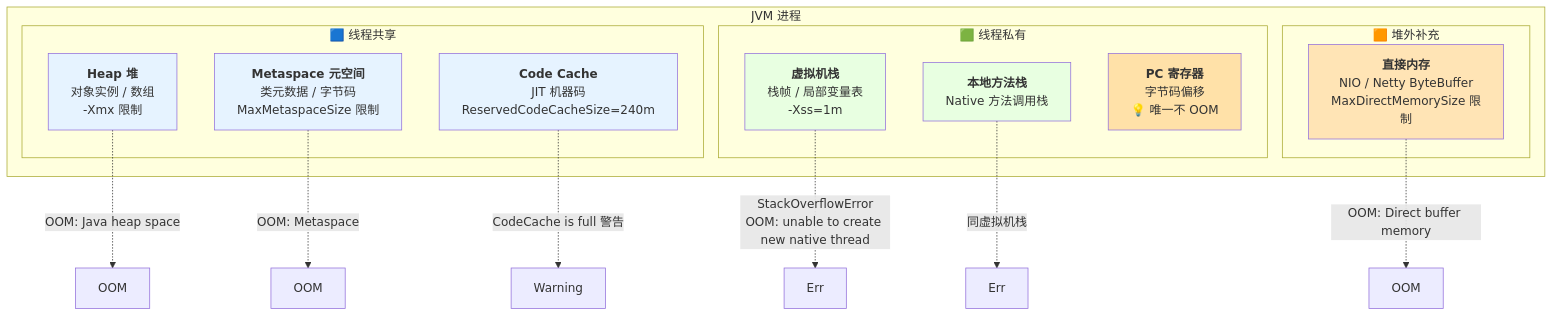
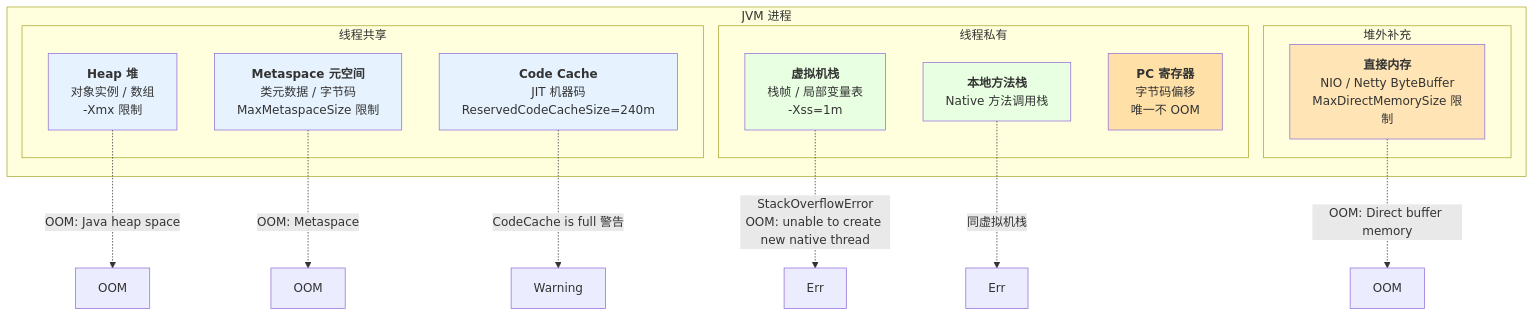
One commit to b1tzer/b1tzer.github.io changed the first of 2 diagrams in docs/01-java-basic/03-JVM/17-jvm-memory-layout.md. Above: the diagram before and after it, drawn with Mermaid. The commit also changed other lines of this file and 22 other files, not shown here.

````diff
--- a/docs/01-java-basic/03-JVM/17-jvm-memory-layout.md
+++ b/docs/01-java-basic/03-JVM/17-jvm-memory-layout.md
@@ -189,33 +189,33 @@
 ```mermaid
 flowchart TB
     subgraph JVM["JVM 进程"]
-        subgraph Shared["🟦 线程共享"]
+        subgraph Shared["线程共享"]
             Heap["<b>Heap 堆</b><br/>对象实例 / 数组<br/>-Xmx 限制"]
             MetaSpace["<b>Metaspace 元空间</b><br/>类元数据 / 字节码<br/>MaxMetaspaceSize 限制"]
             CodeCache["<b>Code Cache</b><br/>JIT 机器码<br/>ReservedCodeCacheSize=240m"]
         end
-        subgraph Private["🟩 线程私有"]
+        subgraph Private["线程私有"]
             VMStack["<b>虚拟机栈</b><br/>栈帧 / 局部变量表<br/>-Xss=1m"]
             NativeStack["<b>本地方法栈</b><br/>Native 方法调用栈"]
-            PC["<b>PC 寄存器</b><br/>字节码偏移<br/>💡 唯一不 OOM"]
+            PC["<b>PC 寄存器</b><br/>字节码偏移<br/>唯一不 OOM"]
         end
-        subgraph OffHeap["🟧 堆外补充"]
+        subgraph OffHeap["堆外补充"]
             Direct["<b>直接内存</b><br/>NIO / Netty ByteBuffer<br/>MaxDirectMemorySize 限制"]
         end
     end
 
     Heap -.->|"OOM: Java heap space"| ErrHeap["OOM"]
     MetaSpace -.->|"OOM: Metaspace"| ErrMeta["OOM"]
     CodeCache -.->|"CodeCache is full 警告"| ErrCC["Warning"]
     VMStack -.->|"StackOverflowError<br/>OOM: unable to create new native thread"| ErrStack["Err"]
     NativeStack -.->|"同虚拟机栈"| ErrNative["Err"]
     Direct -.->|"OOM: Direct buffer memory"| ErrDirect["OOM"]
 
     style Heap fill:#e6f3ff
     style MetaSpace fill:#e6f3ff
     style CodeCache fill:#e6f3ff
     style VMStack fill:#e8ffe1
     style NativeStack fill:#e8ffe1
     style PC fill:#ffe1a8
     style Direct fill:#ffe4b5
 ```
````
